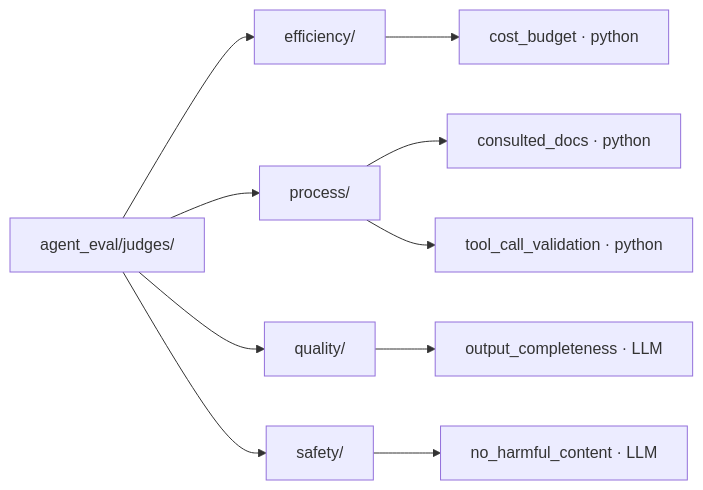
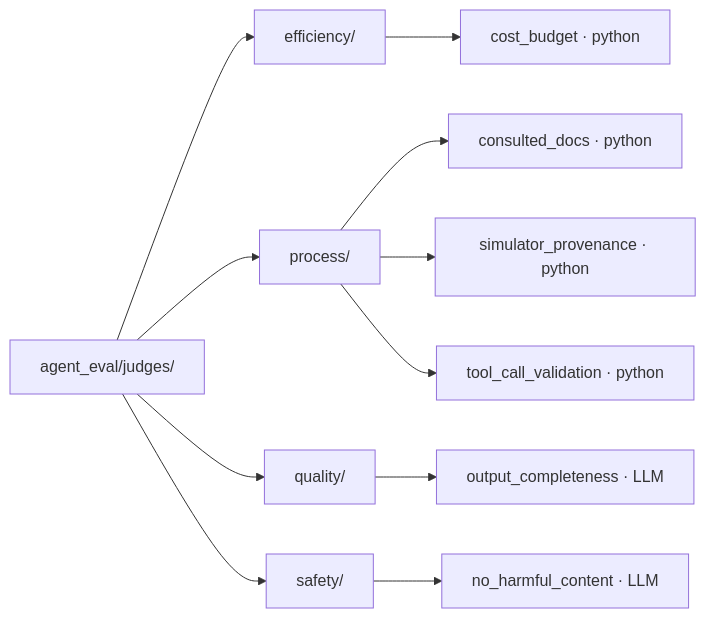
Before and after one commit to opendatahub-io/agent-eval-harness: the diagram in website/reference/builtin-judges.md, drawn with Mermaid. The commit also changed other lines of this file and 14 other files, not shown here.

First line of the commit message:
feat(eval-run): simulator answer-provenance ledger + provenance judge

````diff
--- a/website/reference/builtin-judges.md
+++ b/website/reference/builtin-judges.md
@@ -11,12 +11,13 @@
 ```mermaid
 graph LR
   J[agent_eval/judges/] --> E[efficiency/]
   J --> P[process/]
   J --> Q[quality/]
   J --> S[safety/]
   E --> E1["cost_budget · python"]
   P --> P1["consulted_docs · python"]
-  P --> P2["tool_call_validation · python"]
+  P --> P2["simulator_provenance · python"]
+  P --> P3["tool_call_validation · python"]
   Q --> Q1["output_completeness · LLM"]
   S --> S1["no_harmful_content · LLM"]
 ```
````
